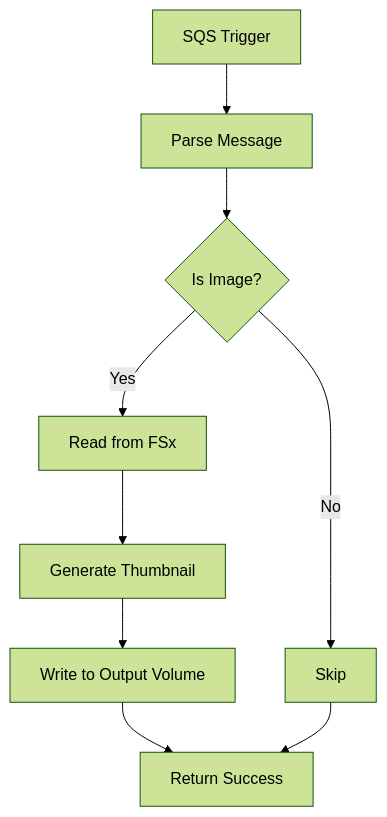
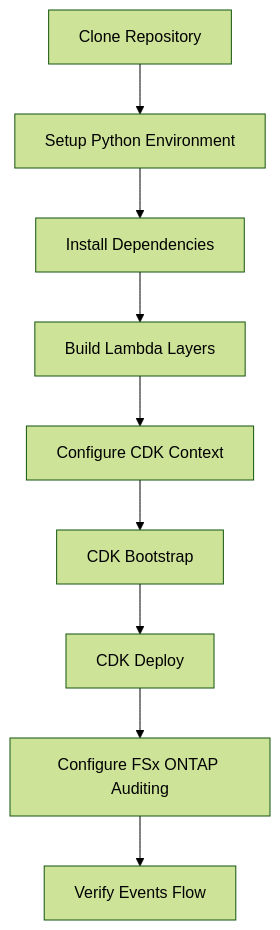
Before and after one commit to aws-samples/sample-fsx-ontap-audit-events: the third of 5 diagrams in .agents/summary/workflows.md, drawn with Mermaid (forest theme). The commit also changed other lines of this file and 20 other files, not shown here.

````diff
--- a/.agents/summary/workflows.md
+++ b/.agents/summary/workflows.md
@@ -24,11 +54,11 @@
 ```mermaid
 flowchart TD
-    A[SQS Trigger] --> B[Parse Message]
-    B --> C{Is Image?}
-    C -->|No| D[Skip]
-    C -->|Yes| E[Read from FSx]
-    E --> F[Generate Thumbnail]
-    F --> G[Write to Output Volume]
-    G --> H[Return Success]
-    D --> H
+    A[Clone Repository] --> B[Setup Python Environment]
+    B --> C[Install Dependencies]
+    C --> D[Build Lambda Layers]
+    D --> E[Configure CDK Context]
+    E --> F[CDK Bootstrap]
+    F --> G[CDK Deploy]
+    G --> H[Configure FSx ONTAP Auditing]
+    H --> I[Verify Events Flow]
 ```
````
